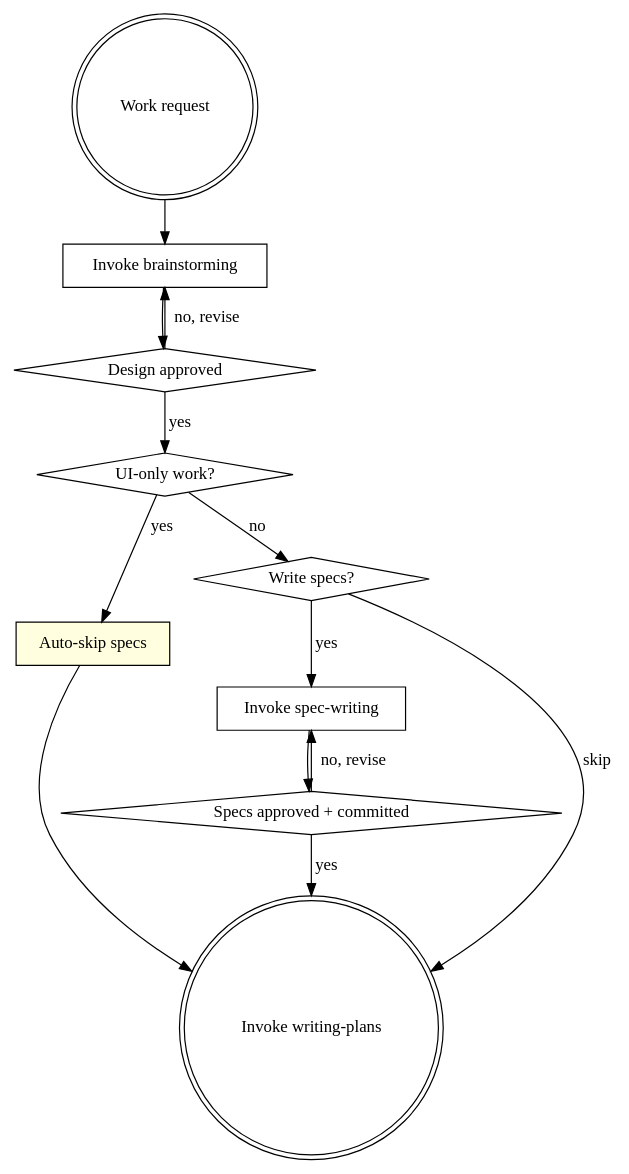
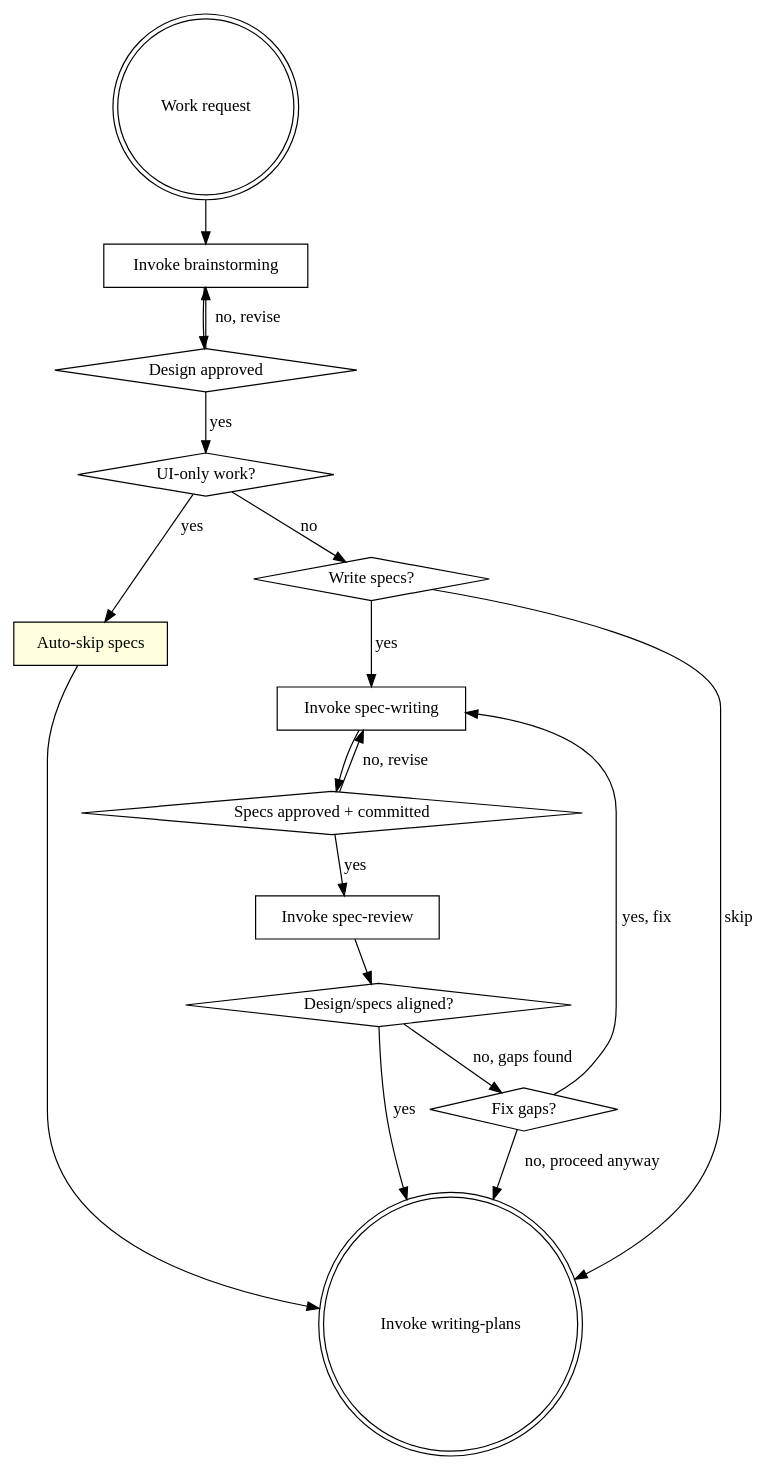
One commit to pandaworks-software-plt/pandahrms-skills changed the diagram in skills/development-workflow/SKILL.md. Above: the diagram before and after it, drawn with Graphviz. The commit also changed other lines of this file and 1 other file, not shown here.

Commit message:
feat(development-workflow): integrate spec-review step into development pipeline

````diff
--- a/skills/development-workflow/SKILL.md
+++ b/skills/development-workflow/SKILL.md
@@ -24,26 +24,34 @@
 ```dot
 digraph pipeline {
     "Work request" [shape=doublecircle];
     "Invoke brainstorming" [shape=box];
     "Design approved" [shape=diamond];
     "UI-only work?" [shape=diamond];
     "Auto-skip specs" [shape=box, style=filled, fillcolor=lightyellow];
     "Write specs?" [shape=diamond];
     "Invoke spec-writing" [shape=box];
     "Specs approved + committed" [shape=diamond];
+    "Invoke spec-review" [shape=box];
+    "Design/specs aligned?" [shape=diamond];
     "Invoke writing-plans" [shape=doublecircle];
 
     "Work request" -> "Invoke brainstorming";
     "Invoke brainstorming" -> "Design approved";
     "Design approved" -> "Invoke brainstorming" [label="no, revise"];
     "Design approved" -> "UI-only work?" [label="yes"];
     "UI-only work?" -> "Auto-skip specs" [label="yes"];
     "Auto-skip specs" -> "Invoke writing-plans";
     "UI-only work?" -> "Write specs?" [label="no"];
     "Write specs?" -> "Invoke spec-writing" [label="yes"];
     "Write specs?" -> "Invoke writing-plans" [label="skip"];
     "Invoke spec-writing" -> "Specs approved + committed";
     "Specs approved + committed" -> "Invoke spec-writing" [label="no, revise"];
-    "Specs approved + committed" -> "Invoke writing-plans" [label="yes"];
+    "Specs approved + committed" -> "Invoke spec-review" [label="yes"];
+    "Invoke spec-review" -> "Design/specs aligned?";
+    "Design/specs aligned?" -> "Fix gaps?" [label="no, gaps found"];
+    "Fix gaps?" [shape=diamond];
+    "Fix gaps?" -> "Invoke spec-writing" [label="yes, fix"];
+    "Fix gaps?" -> "Invoke writing-plans" [label="no, proceed anyway"];
+    "Design/specs aligned?" -> "Invoke writing-plans" [label="yes"];
 }
 ```
````
